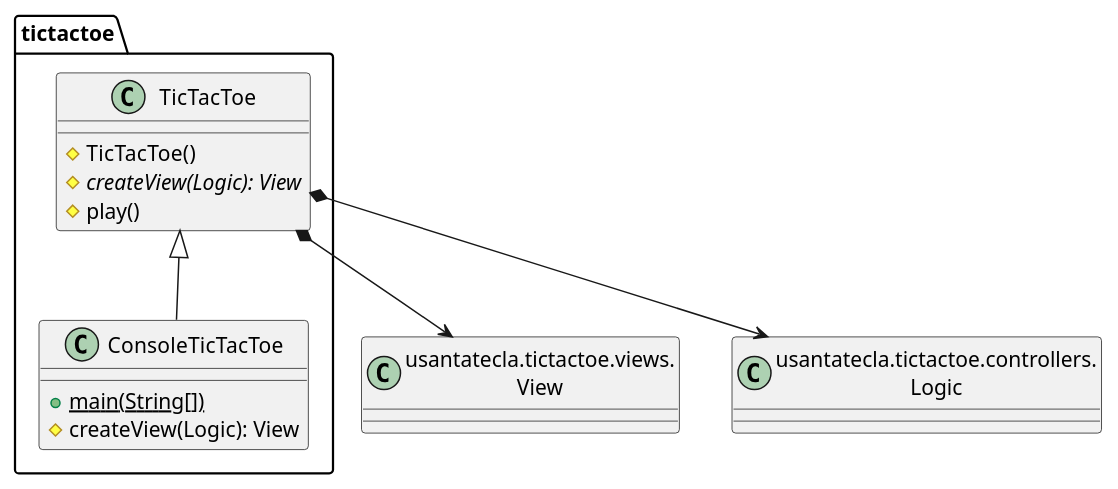
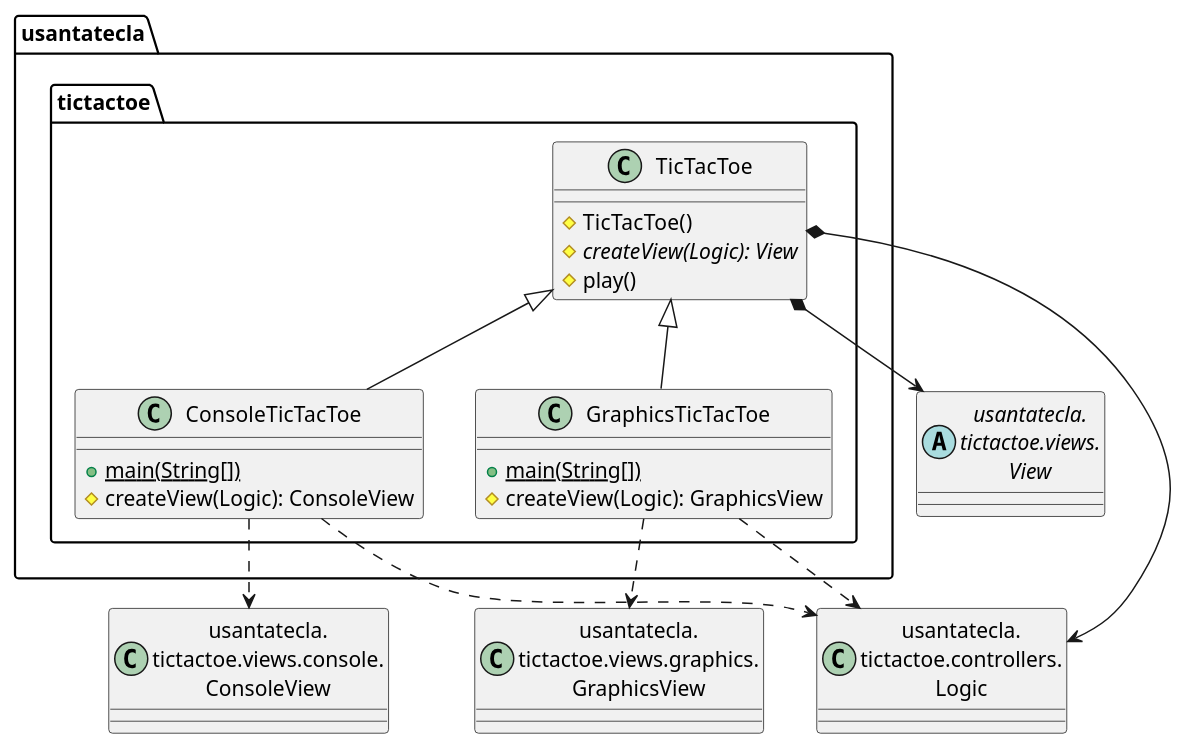
One commit to Jolucaa/USantaTecla-project-ticTacToe changed the first of 8 diagrams in modelViewPresenter/presentationModel/withFacade/docs/diagrams/src/paquetes.plantuml. Above: the diagram before and after it, drawn with PlantUML. The commit also changed other lines of this file and 14 other files, not shown here.

Commit message:
[mvp.pm.withFacade] Fixed diagrams and refactored small things in code

```diff
--- a/modelViewPresenter/presentationModel/withFacade/docs/diagrams/src/paquetes.plantuml
+++ b/modelViewPresenter/presentationModel/withFacade/docs/diagrams/src/paquetes.plantuml
@@ -1,19 +1,31 @@
 @startuml paqueteTicTacToe
-class View as "usantatecla.tictactoe.views.\nView" {}
-class Logic as "usantatecla.tictactoe.controllers.\nLogic" {}
+abstract class View as "usantatecla.\ntictactoe.views.\nView"
+class ConsoleView as "usantatecla.\ntictactoe.views.console.\nConsoleView"
+class GraphicsView as "usantatecla.\ntictactoe.views.graphics.\nGraphicsView"
+class Logic as "usantatecla.\ntictactoe.controllers.\nLogic"
 
-class tictactoe.TicTacToe{
+class usantatecla.tictactoe.TicTacToe{
   # TicTacToe()
   # {abstract} createView(Logic): View
   # play()
 }
-tictactoe.TicTacToe *-down-> View
-tictactoe.TicTacToe *-down-> Logic
+usantatecla.tictactoe.TicTacToe *-down-> View
+usantatecla.tictactoe.TicTacToe *-down-> Logic
 
-class tictactoe.ConsoleTicTacToe{
+class usantatecla.tictactoe.ConsoleTicTacToe{
   + {static} main(String[])
-  # createView(Logic): View
+  # createView(Logic): ConsoleView
 }
-tictactoe.TicTacToe <|-down- tictactoe.ConsoleTicTacToe
+usantatecla.tictactoe.TicTacToe <|-down- usantatecla.tictactoe.ConsoleTicTacToe
+usantatecla.tictactoe.ConsoleTicTacToe .down.> Logic
+usantatecla.tictactoe.ConsoleTicTacToe .down.> ConsoleView
+
+class usantatecla.tictactoe.GraphicsTicTacToe{
+  + {static} main(String[])
+  # createView(Logic): GraphicsView
+}
+usantatecla.tictactoe.TicTacToe <|-down- usantatecla.tictactoe.GraphicsTicTacToe
+usantatecla.tictactoe.GraphicsTicTacToe .down.> Logic
+usantatecla.tictactoe.GraphicsTicTacToe .down.> GraphicsView
 
 @enduml
```
